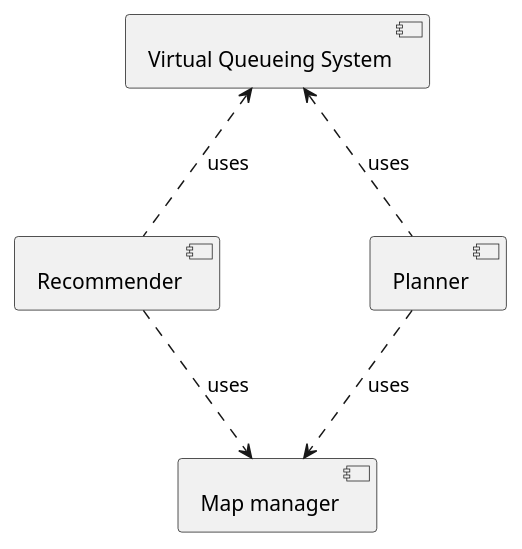
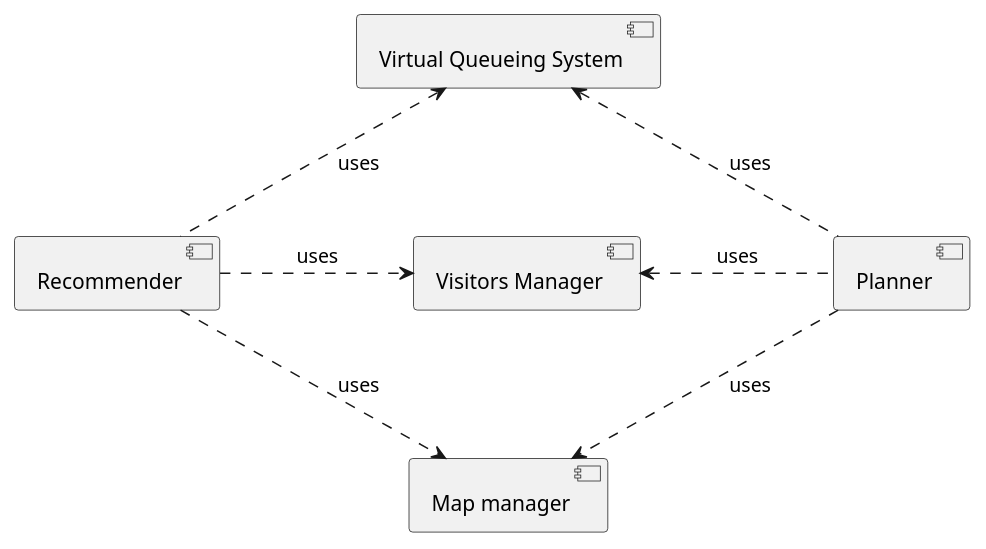
The diagram in doc/res/architecture-overview.puml (ICPS-MicroCity/amusement-park-analysis), drawn with PlantUML before and after one commit. The commit also changed 8 other files, not shown here.

Commit message:
docs: architectures pictures

```diff
--- a/doc/res/architecture-overview.puml
+++ b/doc/res/architecture-overview.puml
@@ -1,28 +1,33 @@
 @startuml architecture-overview
-'left to right direction
+top to bottom direction
+
 'skinparam componentStyle rectangle
 skinparam nodesep 100
 skinparam ranksep 80
 ' node "Recommender" as recommender {
 '     [Attractions recommender]
 '     [Show recommender]
 '     [Restaurant recommender]
 '     [Shop recommender]
 ' }
 
 [Recommender] as recommender
+[Visitors Manager] as vm
 [Planner] as planner
 [Map manager] as map_manager
 [Virtual Queueing System] as vqs
+
 'actor Guest as guest
 
 planner ..> map_manager : uses
 recommender ..> map_manager : uses
 vqs <.. planner : uses
 vqs <.. recommender : uses
+vm <.left. recommender : uses
+vm <.right. planner : uses
 ' guest <--> vqs : interact with
 ' guest .. map_manager : interacts with
 ' guest .. recommender
 ' guest .. planner
 
 @enduml
```
